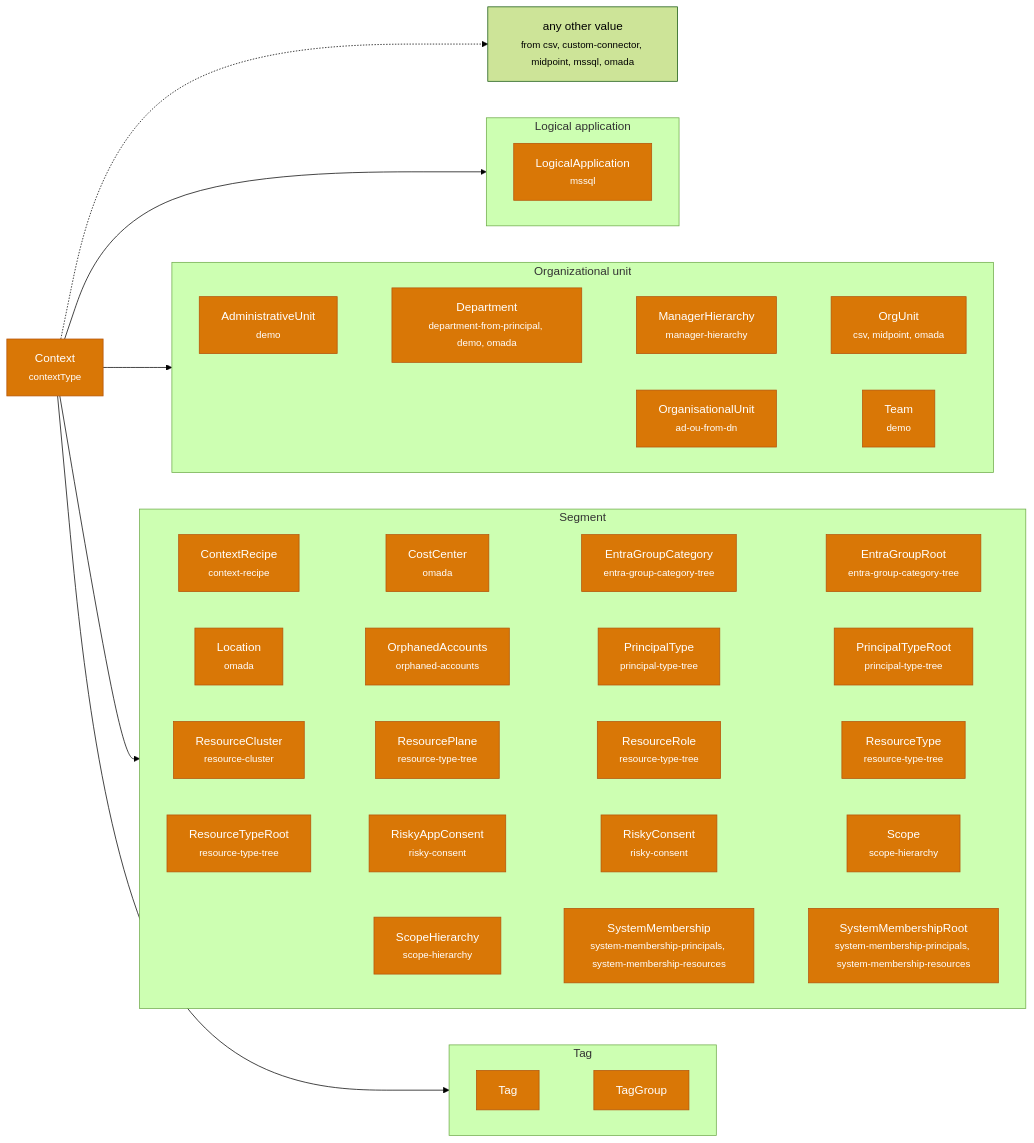
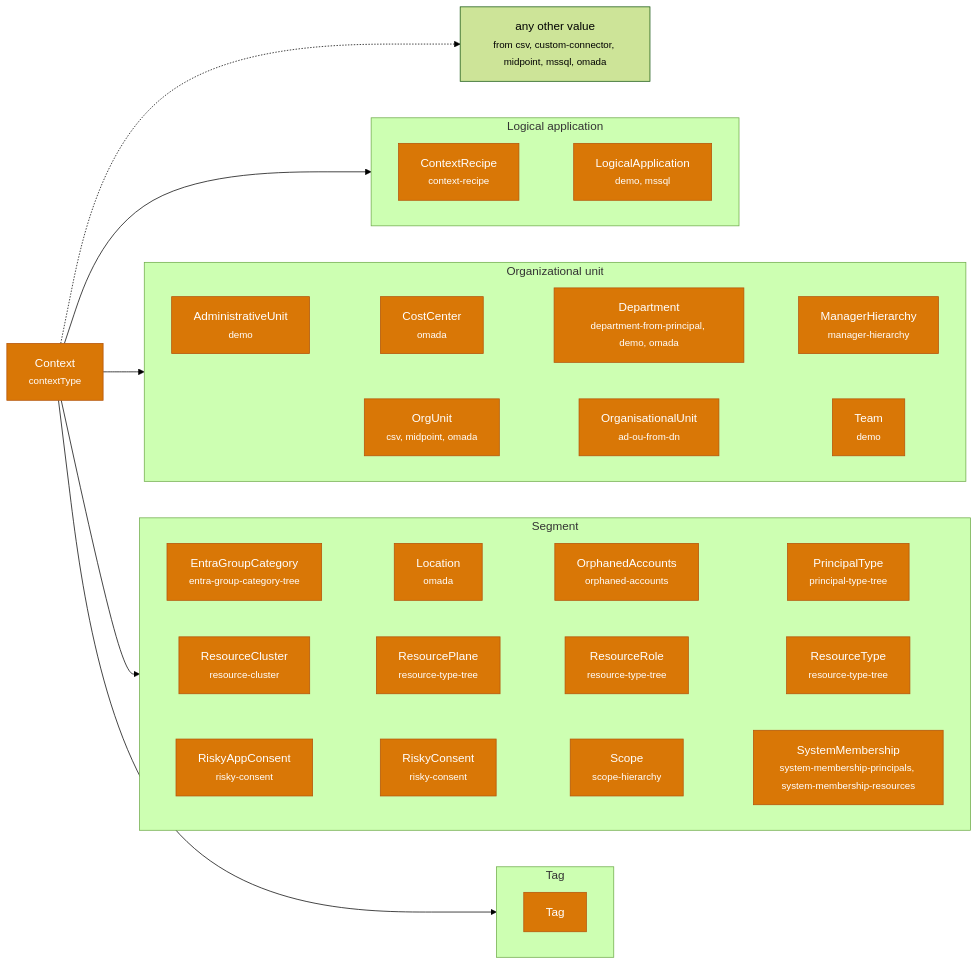
The fourth of 5 diagrams in docs/concepts/ontology.md (Fortigi/IdentityAtlas), drawn with Mermaid (forest theme) before and after one commit. The commit also changed other lines of this file and 329 other files, not shown here.

First line of the commit message:
Line-manager POC: ontology, context templates, template UI, owner access, demo data (#1417)

````diff
--- a/docs/concepts/ontology.md
+++ b/docs/concepts/ontology.md
@@ -213,59 +224,51 @@
 ```mermaid
 flowchart LR
     root["Context<br/><small>contextType</small>"]:::Context
     subgraph g_LogicalApplicationContext["Logical application"]
       direction LR
-      t_LogicalApplication["LogicalApplication<br/><small>mssql</small>"]:::Context
+      t_ContextRecipe["ContextRecipe<br/><small>context-recipe</small>"]:::Context
+      t_LogicalApplication["LogicalApplication<br/><small>demo, mssql</small>"]:::Context
+      t_ContextRecipe ~~~ t_LogicalApplication
     end
     subgraph g_OrganizationalUnit["Organizational unit"]
       direction LR
       t_AdministrativeUnit["AdministrativeUnit<br/><small>demo</small>"]:::Context
+      t_CostCenter["CostCenter<br/><small>omada</small>"]:::Context
       t_Department["Department<br/><small>department-from-principal, demo, omada</small>"]:::Context
       t_ManagerHierarchy["ManagerHierarchy<br/><small>manager-hierarchy</small>"]:::Context
       t_OrgUnit["OrgUnit<br/><small>csv, midpoint, omada</small>"]:::Context
       t_OrganisationalUnit["OrganisationalUnit<br/><small>ad-ou-from-dn</small>"]:::Context
       t_Team["Team<br/><small>demo</small>"]:::Context
-      t_AdministrativeUnit ~~~ t_Department ~~~ t_ManagerHierarchy ~~~ t_OrgUnit
-      t_OrganisationalUnit ~~~ t_Team
+      t_AdministrativeUnit ~~~ t_CostCenter ~~~ t_Department ~~~ t_ManagerHierarchy
+      t_OrgUnit ~~~ t_OrganisationalUnit ~~~ t_Team
     end
     subgraph g_Segment["Segment"]
       direction LR
-      t_ContextRecipe["ContextRecipe<br/><small>context-recipe</small>"]:::Context
-      t_CostCenter["CostCenter<br/><small>omada</small>"]:::Context
       t_EntraGroupCategory["EntraGroupCategory<br/><small>entra-group-category-tree</small>"]:::Context
-      t_EntraGroupRoot["EntraGroupRoot<br/><small>entra-group-category-tree</small>"]:::Context
       t_Location["Location<br/><small>omada</small>"]:::Context
       t_OrphanedAccounts["OrphanedAccounts<br/><small>orphaned-accounts</small>"]:::Context
       t_PrincipalType["PrincipalType<br/><small>principal-type-tree</small>"]:::Context
-      t_PrincipalTypeRoot["PrincipalTypeRoot<br/><small>principal-type-tree</small>"]:::Context
       t_ResourceCluster["ResourceCluster<br/><small>resource-cluster</small>"]:::Context
       t_ResourcePlane["ResourcePlane<br/><small>resource-type-tree</small>"]:::Context
       t_ResourceRole["ResourceRole<br/><small>resource-type-tree</small>"]:::Context
       t_ResourceType["ResourceType<br/><small>resource-type-tree</small>"]:::Context
-      t_ResourceTypeRoot["ResourceTypeRoot<br/><small>resource-type-tree</small>"]:::Context
       t_RiskyAppConsent["RiskyAppConsent<br/><small>risky-consent</small>"]:::Context
       t_RiskyConsent["RiskyConsent<br/><small>risky-consent</small>"]:::Context
       t_Scope["Scope<br/><small>scope-hierarchy</small>"]:::Context
-      t_ScopeHierarchy["ScopeHierarchy<br/><small>scope-hierarchy</small>"]:::Context
       t_SystemMembership["SystemMembership<br/><small>system-membership-principals, system-membership-resources</small>"]:::Context
-      t_SystemMembershipRoot["SystemMembershipRoot<br/><small>system-membership-principals, system-membership-resources</small>"]:::Context
-      t_ContextRecipe ~~~ t_CostCenter ~~~ t_EntraGroupCategory ~~~ t_EntraGroupRoot
-      t_Location ~~~ t_OrphanedAccounts ~~~ t_PrincipalType ~~~ t_PrincipalTypeRoot
+      t_EntraGroupCategory ~~~ t_Location ~~~ t_OrphanedAccounts ~~~ t_PrincipalType
       t_ResourceCluster ~~~ t_ResourcePlane ~~~ t_ResourceRole ~~~ t_ResourceType
-      t_ResourceTypeRoot ~~~ t_RiskyAppConsent ~~~ t_RiskyConsent ~~~ t_Scope
-      t_ScopeHierarchy ~~~ t_SystemMembership ~~~ t_SystemMembershipRoot
+      t_RiskyAppConsent ~~~ t_RiskyConsent ~~~ t_Scope ~~~ t_SystemMembership
     end
     subgraph g_TagContext["Tag"]
       direction LR
       t_Tag["Tag"]:::Context
-      t_TagGroup["TagGroup"]:::Context
-      t_Tag ~~~ t_TagGroup
     end
     root --> g_LogicalApplicationContext
     root --> g_OrganizationalUnit
     root --> g_Segment
     root --> g_TagContext
     other["any other value<br/><small>from csv, custom-connector, midpoint, mssql, omada</small>"]
     root -.-> other
     classDef Context fill:#d97706,stroke:#b45309,color:#fff
 ```
````
